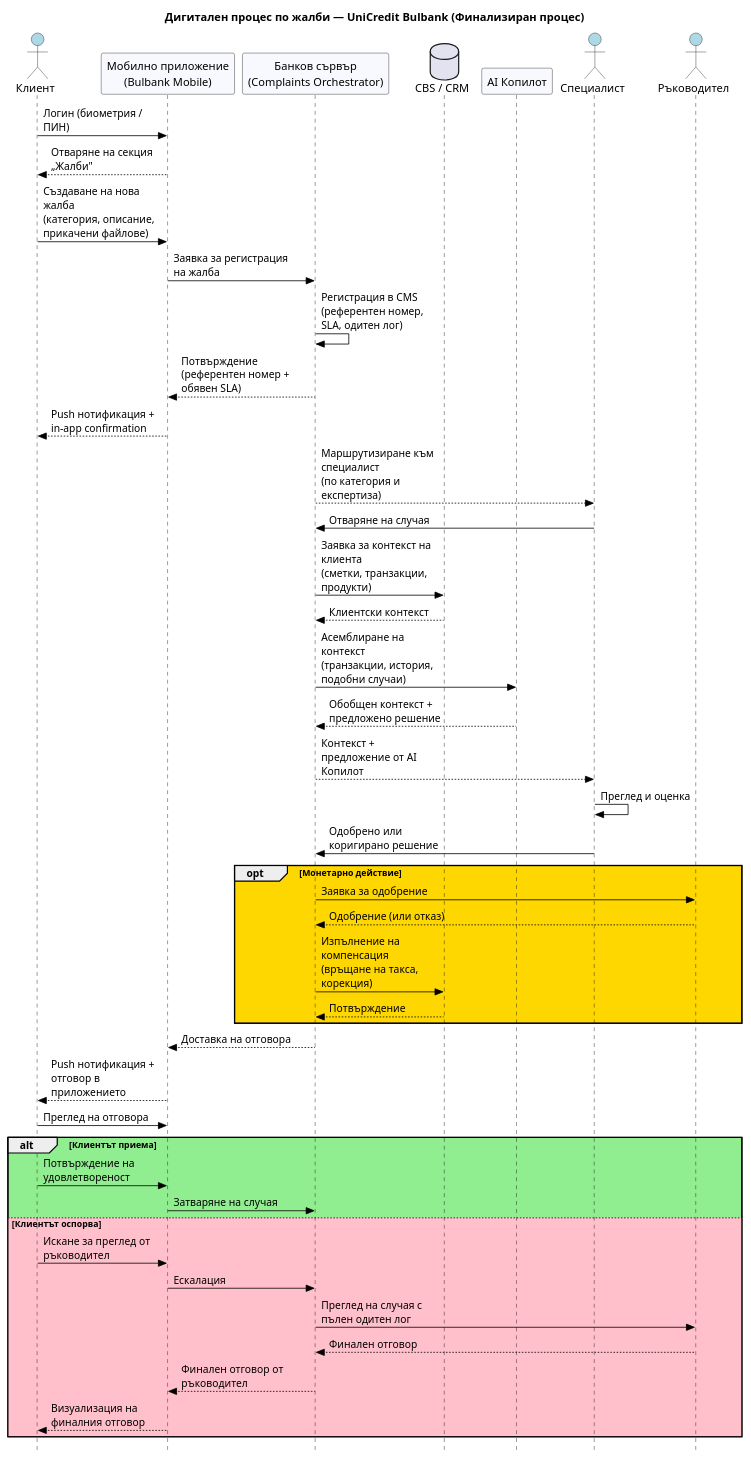
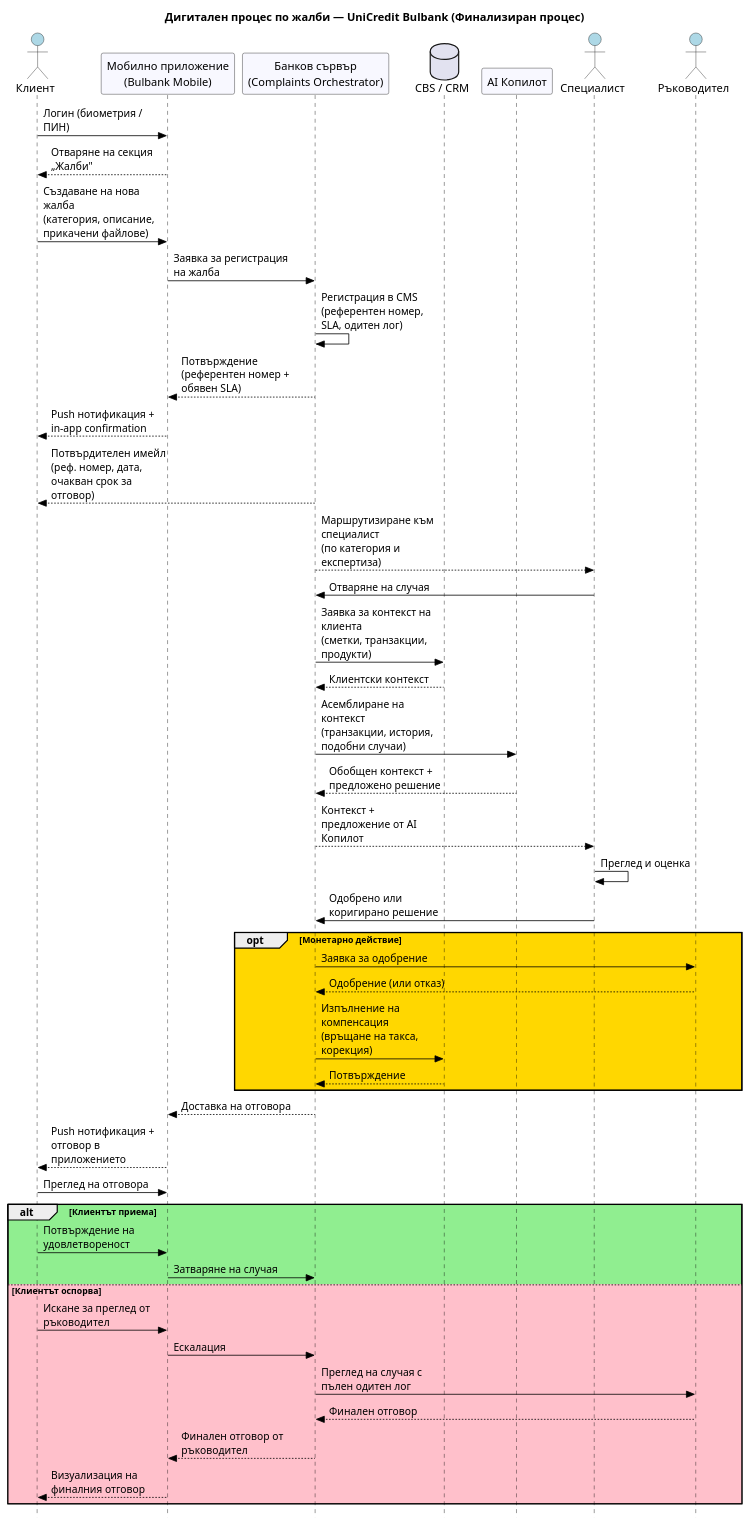
One commit to vents04/DB_course_project changed the diagram in deliverables/02_process/sequence_complaint.puml. Above: the diagram before and after it, drawn with PlantUML. The commit also changed 8 other files, not shown here.

```diff
--- a/deliverables/02_process/sequence_complaint.puml
+++ b/deliverables/02_process/sequence_complaint.puml
@@ -1,68 +1,69 @@
 @startuml
 skinparam style strictuml
 skinparam MaxMessageSize 150
 skinparam sequence {
     ParticipantBackgroundColor GhostWhite
     ActorBackgroundColor LightBlue
     LifeLineBorderColor Black
     ArrowColor Black
 }
 
 title Дигитален процес по жалби — UniCredit Bulbank (Финализиран процес)
 
 actor "Клиент" as Client
 participant "Мобилно приложение\n(Bulbank Mobile)" as App
 participant "Банков сървър\n(Complaints Orchestrator)" as Server
 database "CBS / CRM" as CBS
 participant "AI Копилот" as AI
 actor "Специалист" as Agent
 actor "Ръководител" as Supervisor
 
 ' --- ЕТАП 1: Иницииране и подаване ---
 Client -> App: Логин (биометрия / ПИН)
 App --> Client: Отваряне на секция „Жалби"
 Client -> App: Създаване на нова жалба\n(категория, описание, прикачени файлове)
 App -> Server: Заявка за регистрация на жалба
 
 ' --- ЕТАП 2: Регистрация ---
 Server -> Server: Регистрация в CMS\n(референтен номер, SLA, одитен лог)
 Server --> App: Потвърждение (референтен номер + обявен SLA)
 App --> Client: Push нотификация + in-app confirmation
+Server --> Client: Потвърдителен имейл\n(реф. номер, дата, очакван срок за отговор)
 
 ' --- ЕТАП 3: Разследване ---
 Server --> Agent: Маршрутизиране към специалист\n(по категория и експертиза)
 Agent -> Server: Отваряне на случая
 Server -> CBS: Заявка за контекст на клиента\n(сметки, транзакции, продукти)
 CBS --> Server: Клиентски контекст
 Server -> AI: Асемблиране на контекст\n(транзакции, история, подобни случаи)
 AI --> Server: Обобщен контекст + предложено решение
 Server --> Agent: Контекст + предложение от AI Копилот
 
 ' --- ЕТАП 4: Решение ---
 Agent -> Agent: Преглед и оценка
 Agent -> Server: Одобрено или коригирано решение
 
 opt #Gold Монетарно действие
     Server -> Supervisor: Заявка за одобрение
     Supervisor --> Server: Одобрение (или отказ)
     Server -> CBS: Изпълнение на компенсация\n(връщане на такса, корекция)
     CBS --> Server: Потвърждение
 end
 
 ' --- ЕТАП 5: Обратна връзка ---
 Server --> App: Доставка на отговора
 App --> Client: Push нотификация + отговор в приложението
 
 Client -> App: Преглед на отговора
 alt #LightGreen Клиентът приема
     Client -> App: Потвърждение на удовлетвореност
     App -> Server: Затваряне на случая
 else #Pink Клиентът оспорва
     Client -> App: Искане за преглед от ръководител
     App -> Server: Ескалация
     Server -> Supervisor: Преглед на случая с пълен одитен лог
     Supervisor --> Server: Финален отговор
     Server --> App: Финален отговор от ръководител
     App --> Client: Визуализация на финалния отговор
 end
 @enduml
```
